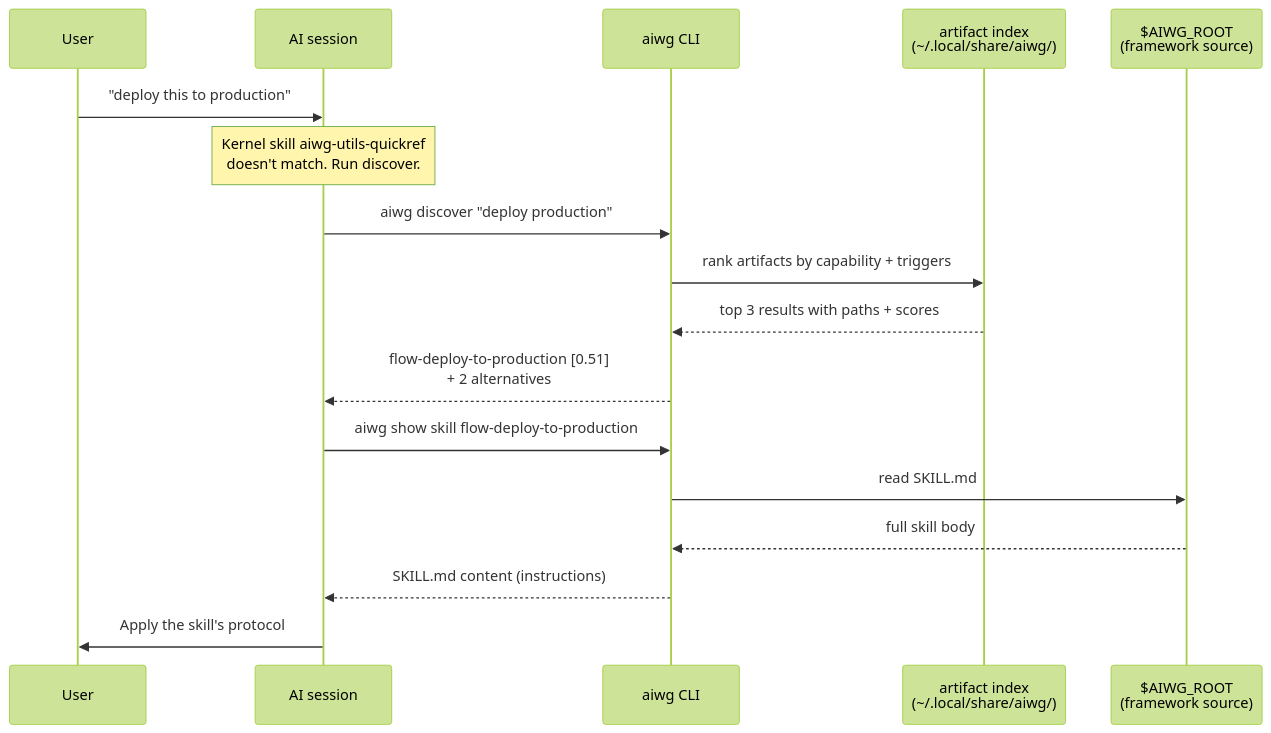
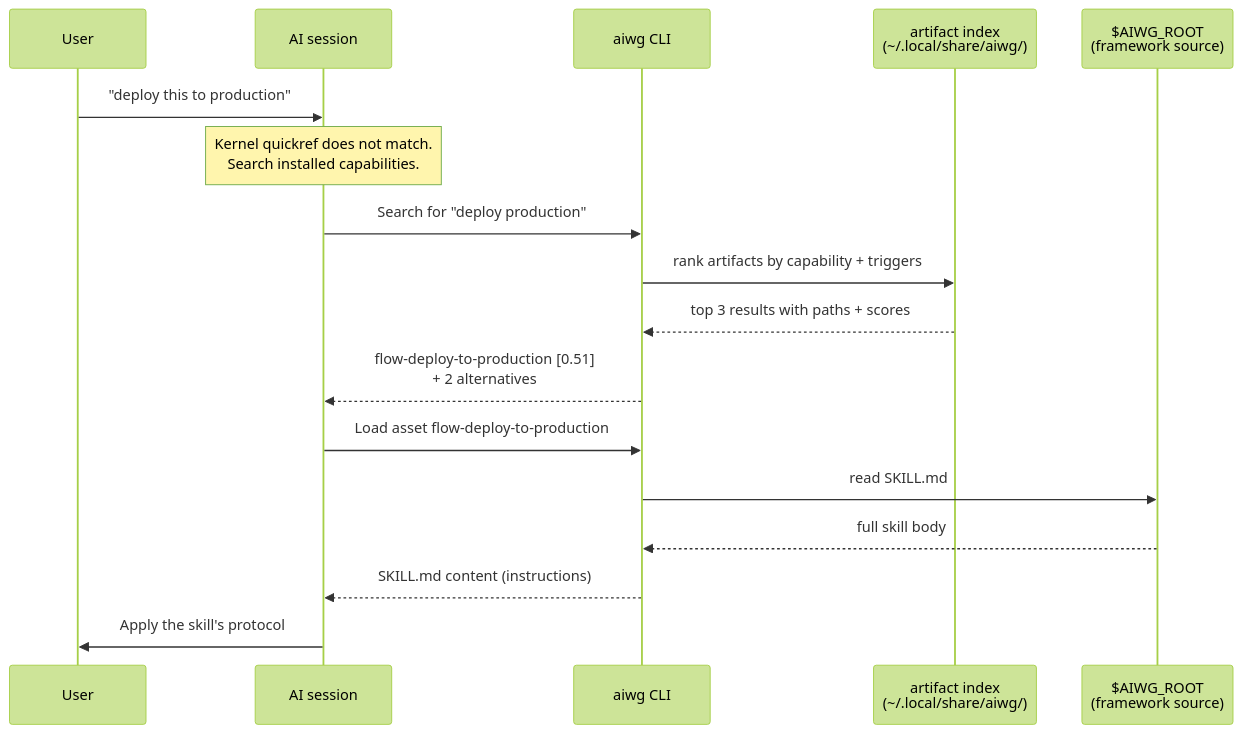
Before and after one commit to jmagly/ai-writing-guide: the third of 8 diagrams in docs/architecture-overview.md, drawn with Mermaid (forest theme). The commit also changed other lines of this file and 84 other files, not shown here.

First line of the commit message:
docs(cli): separate user guidance from agent commands

````diff
--- a/docs/architecture-overview.md
+++ b/docs/architecture-overview.md
@@ -113,20 +119,20 @@
 ```mermaid
 sequenceDiagram
   participant User
   participant Agent as AI session
   participant CLI as aiwg CLI
   participant Index as artifact index<br/>(~/.local/share/aiwg/)
   participant FS as $AIWG_ROOT<br/>(framework source)
 
   User->>Agent: "deploy this to production"
-  Note over Agent: Kernel skill aiwg-utils-quickref<br/>doesn't match. Run discover.
-  Agent->>CLI: aiwg discover "deploy production"
+  Note over Agent: Kernel quickref does not match.<br/>Search installed capabilities.
+  Agent->>CLI: Search for "deploy production"
   CLI->>Index: rank artifacts by capability + triggers
   Index-->>CLI: top 3 results with paths + scores
   CLI-->>Agent: flow-deploy-to-production [0.51]<br/>+ 2 alternatives
-  Agent->>CLI: aiwg show skill flow-deploy-to-production
+  Agent->>CLI: Load asset flow-deploy-to-production
   CLI->>FS: read SKILL.md
   FS-->>CLI: full skill body
   CLI-->>Agent: SKILL.md content (instructions)
   Agent->>User: Apply the skill's protocol
 ```
````
